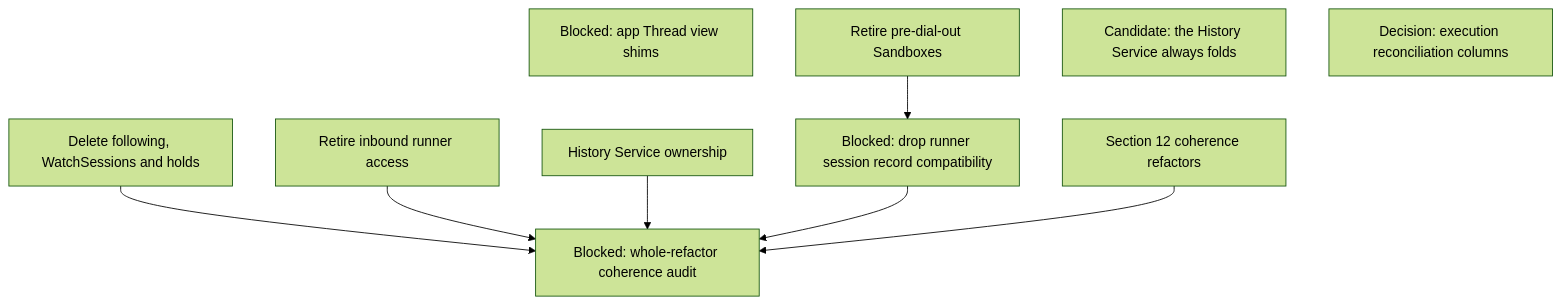
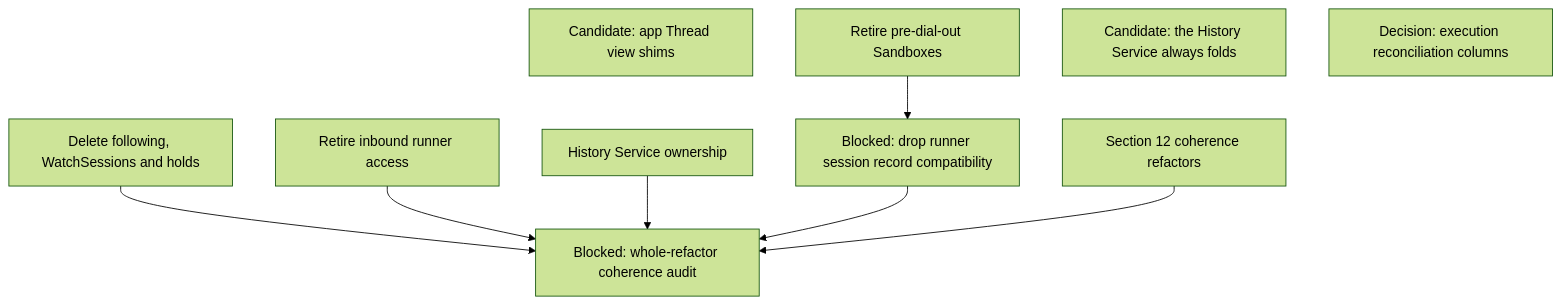
Diagram 11 of 13 in agentplane/plans/task_dag.md (agentydragon/ducktape), drawn with Mermaid (forest theme) before and after one commit. The commit also changed other lines of this file, not shown here.

First line of the commit message:
agentplane/plans: APP_THREAD_VIEW_CLEANUP drops AGENTPLANE_THREAD_READS

````diff
--- a/agentplane/plans/task_dag.md
+++ b/agentplane/plans/task_dag.md
@@ -814,15 +814,15 @@
 ```mermaid
 flowchart TD
-    APP_THREAD_VIEW_CLEANUP[Blocked: app Thread view shims]
+    APP_THREAD_VIEW_CLEANUP[Candidate: app Thread view shims]
     RUNNER_SESSION_RECORD_SHIMS[Blocked: drop runner session record compatibility]
     LEGACY_SANDBOX_RETIRE[Retire pre-dial-out Sandboxes]
     LEGACY_SANDBOX_RETIRE --> RUNNER_SESSION_RECORD_SHIMS
     HISTORY_FOLD_ALWAYS_ON[Candidate: the History Service always folds]
     ACTION_EXECUTION_AUDIT_TRIM[Decision: execution reconciliation columns]
     REFACTOR_COHERENCE_AUDIT[Blocked: whole-refactor coherence audit]
     FOLLOW_PATH_RETIRE[Delete following, WatchSessions and holds] --> REFACTOR_COHERENCE_AUDIT
     RUNNER_INBOUND_RETIRE[Retire inbound runner access] --> REFACTOR_COHERENCE_AUDIT
     HISTORY_SERVICE_OWNERSHIP[History Service ownership] --> REFACTOR_COHERENCE_AUDIT
     RUNNER_SESSION_RECORD_SHIMS --> REFACTOR_COHERENCE_AUDIT
     COHERENCE_REFACTORS[Section 12 coherence refactors] --> REFACTOR_COHERENCE_AUDIT
 ```
````
